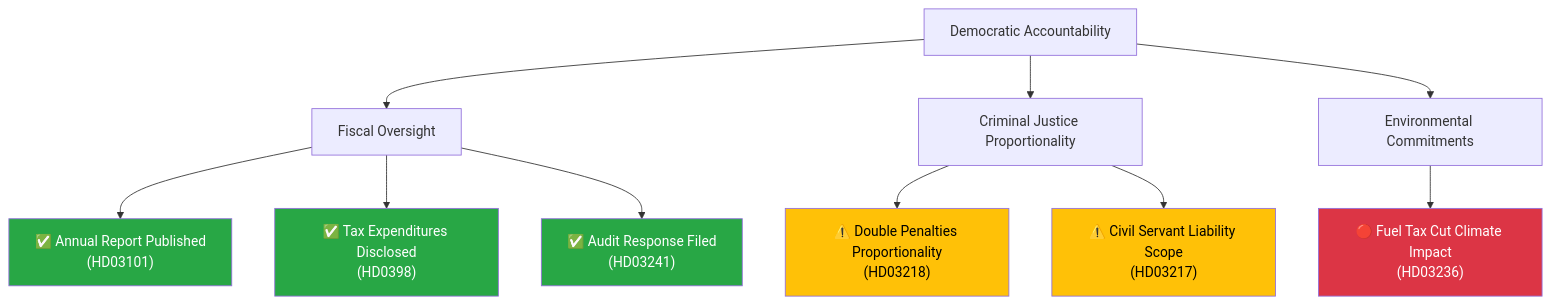
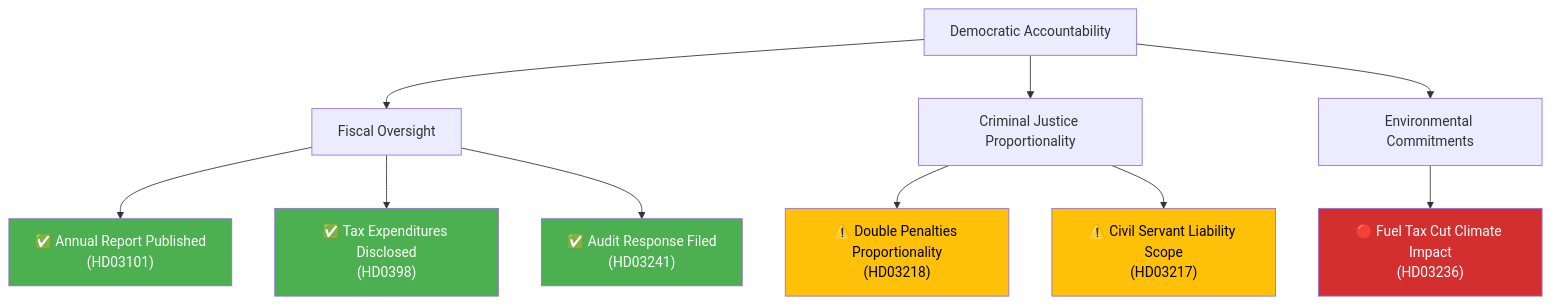
One commit to Hack23/riksdagsmonitor changed the diagram in analysis/daily/2026-04-13/propositions/threat-analysis.md. Above: the diagram before and after it, drawn with Mermaid. The commit also changed 785 other files, not shown here.

First line of the commit message:
Normalize mermaid colors across 786 analysis artifacts to ISMS Style Guide palette

````diff
--- a/analysis/daily/2026-04-13/propositions/threat-analysis.md
+++ b/analysis/daily/2026-04-13/propositions/threat-analysis.md
@@ -23,22 +23,22 @@
 ```mermaid
 flowchart TD
     ROOT["Democratic Accountability"] --> A["Fiscal Oversight"]
     ROOT --> B["Criminal Justice Proportionality"]
     ROOT --> C["Environmental Commitments"]
     
     A --> A1["✅ Annual Report Published<br/>(HD03101)"]
     A --> A2["✅ Tax Expenditures Disclosed<br/>(HD0398)"]
     A --> A3["✅ Audit Response Filed<br/>(HD03241)"]
     
     B --> B1["⚠️ Double Penalties Proportionality<br/>(HD03218)"]
     B --> B2["⚠️ Civil Servant Liability Scope<br/>(HD03217)"]
     
     C --> C1["🔴 Fuel Tax Cut Climate Impact<br/>(HD03236)"]
     
-    style A1 fill:#28a745,color:#fff
-    style A2 fill:#28a745,color:#fff
-    style A3 fill:#28a745,color:#fff
-    style B1 fill:#ffc107,color:#000
-    style B2 fill:#ffc107,color:#000
-    style C1 fill:#dc3545,color:#fff
+    style A1 fill:#4CAF50,color:#FFFFFF
+    style A2 fill:#4CAF50,color:#FFFFFF
+    style A3 fill:#4CAF50,color:#FFFFFF
+    style B1 fill:#FFC107,color:#000000
+    style B2 fill:#FFC107,color:#000000
+    style C1 fill:#D32F2F,color:#FFFFFF
 ```
````
